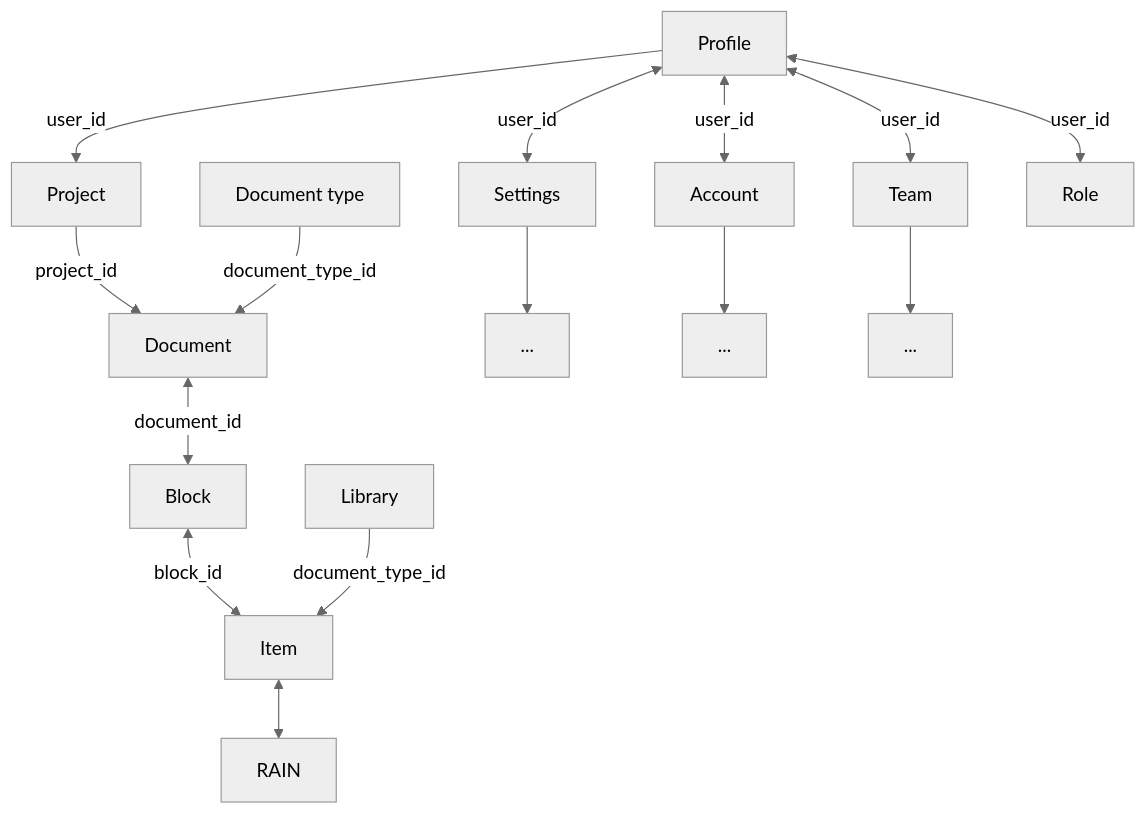
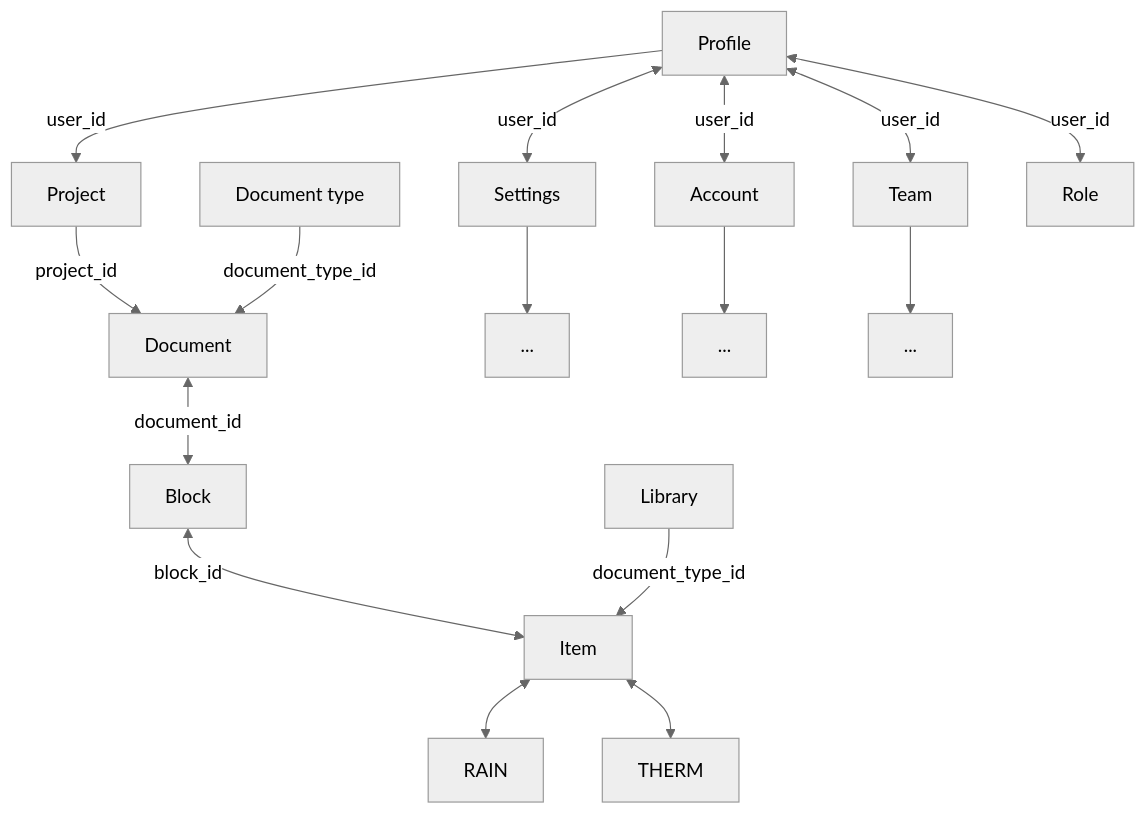
Before and after one commit to entools/tools.interface: the diagram in draft.md, drawn with Mermaid (neutral theme).

````diff
--- a/draft.md
+++ b/draft.md
@@ -1,19 +1,20 @@
 ```mermaid
 flowchart
 USER-PROFILE[Profile] --> |user_id| USER-PROJECT[Project]
 USER-PROJECT --> |project_id| DOCUMENT[Document]
 DOCUMENT <--> |document_id| BLOCK[Block]
 BLOCK[Block] <--> |block_id| ITEM[Item]
 ITEM <--> RAIN
+ITEM <--> THERM
 LIBRARY[Library] --> |document_type_id| ITEM[Item]
 DOCUMENT-TYPE[Document type] --> |document_type_id| DOCUMENT
 
 USER-PROFILE[Profile] <--> |user_id| USER-SETTINGS[Settings]
 USER-PROFILE[Profile] <--> |user_id| USER-ACCOUNT[Account]
 USER-PROFILE[Profile] <--> |user_id| USER-TEAM[Team]
 USER-PROFILE[Profile] <--> |user_id| USER-ROLE[Role]
 
 USER-SETTINGS --> SETTINGS-DETAILS[...]
 USER-ACCOUNT --> ACCOUNT-DETAILS[...]
 USER-TEAM --> TEAM-DETAILS[...]
 ```
````
